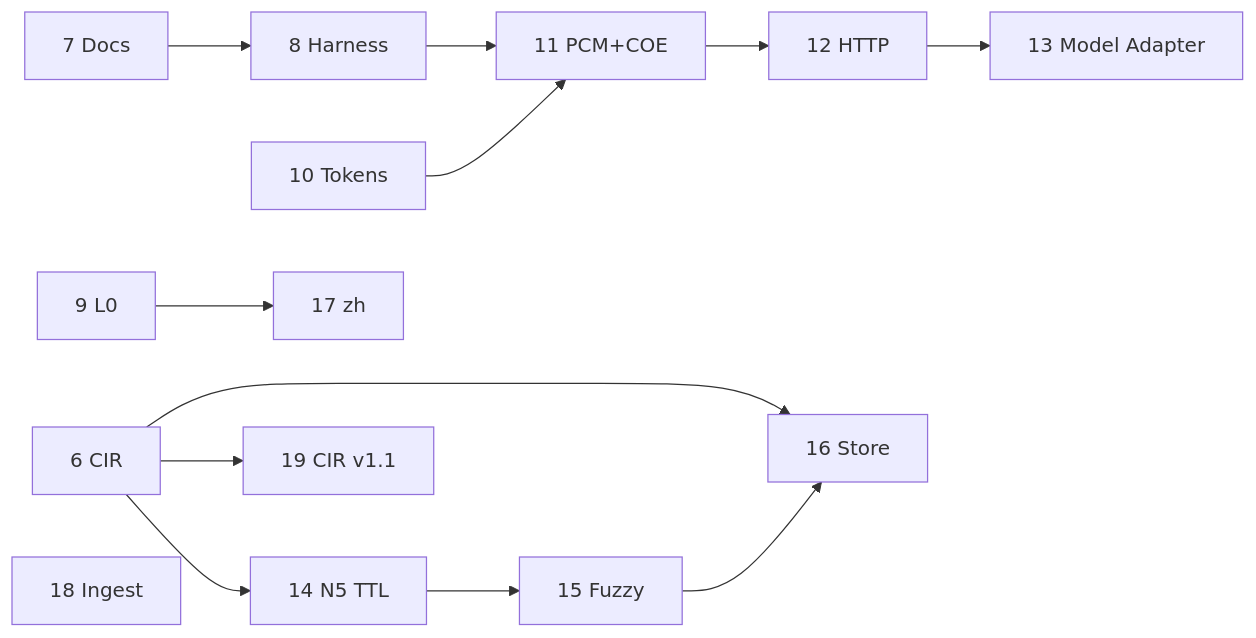
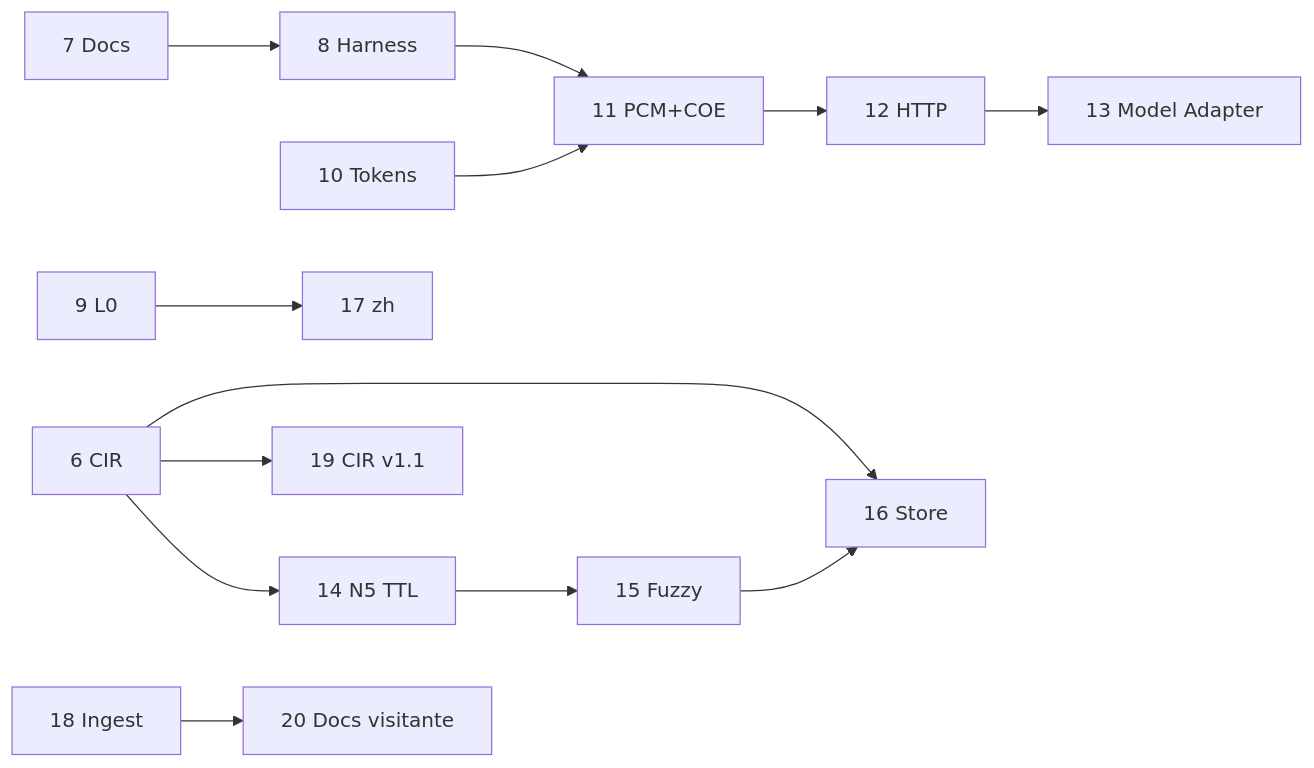
The diagram in docs/execution-plan.md (ntnglz/Context-Optimization-Engine), drawn with Mermaid before and after one commit. The commit also changed other lines of this file and 4 other files, not shown here.

````diff
--- a/docs/execution-plan.md
+++ b/docs/execution-plan.md
@@ -371,29 +406,31 @@
 ```mermaid
 flowchart LR
     F6[6 CIR]
     F7[7 Docs]
     F8[8 Harness]
     F9[9 L0]
     F10[10 Tokens]
     F11[11 PCM+COE]
     F12[12 HTTP]
     F13[13 Model Adapter]
     F14[14 N5 TTL]
     F15[15 Fuzzy]
     F16[16 Store]
     F17[17 zh]
     F18[18 Ingest]
     F19[19 CIR v1.1]
+    F20[20 Docs visitante]
 
     F6 --> F16
     F6 --> F19
     F7 --> F8
     F8 --> F11
     F9 --> F17
     F10 --> F11
     F11 --> F12
     F12 --> F13
     F6 --> F14
     F14 --> F15
     F15 --> F16
+    F18 --> F20
 ```
````
